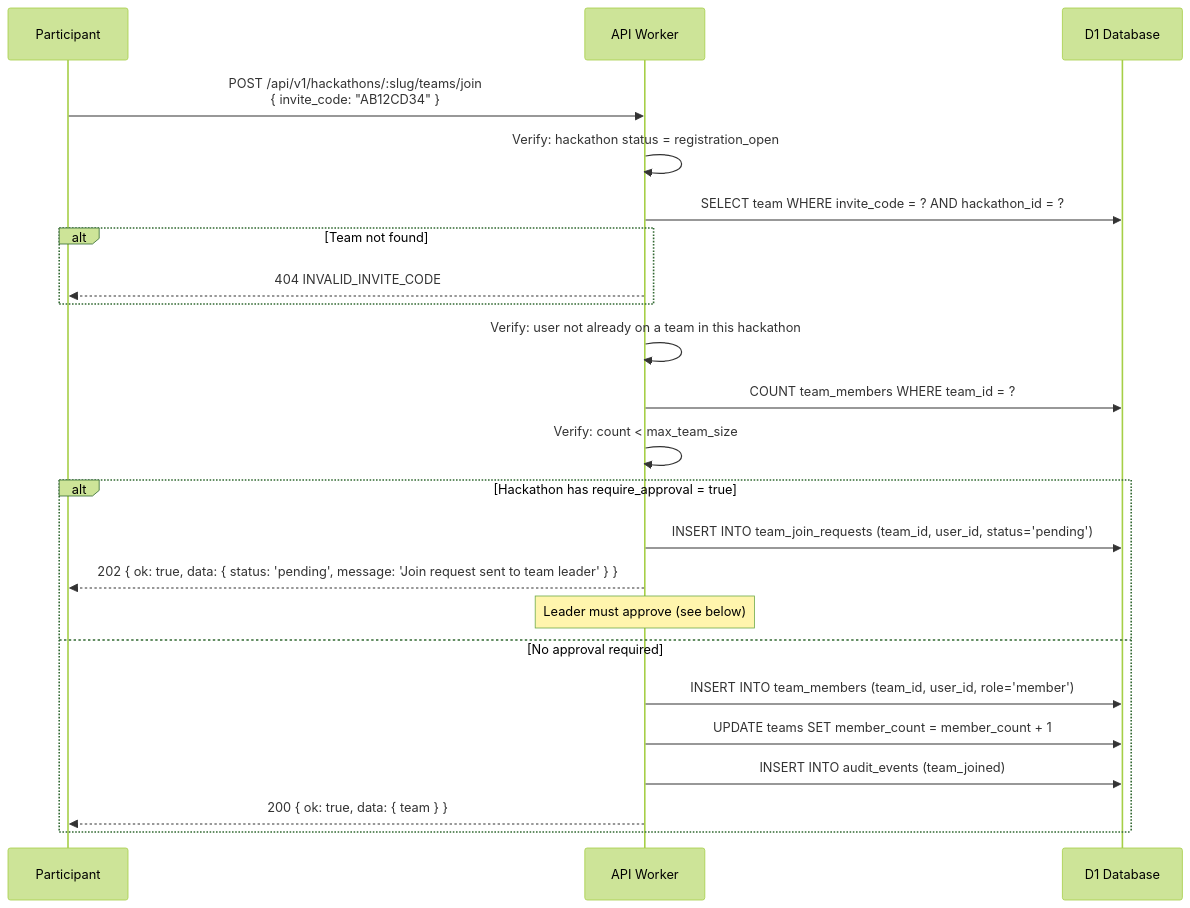
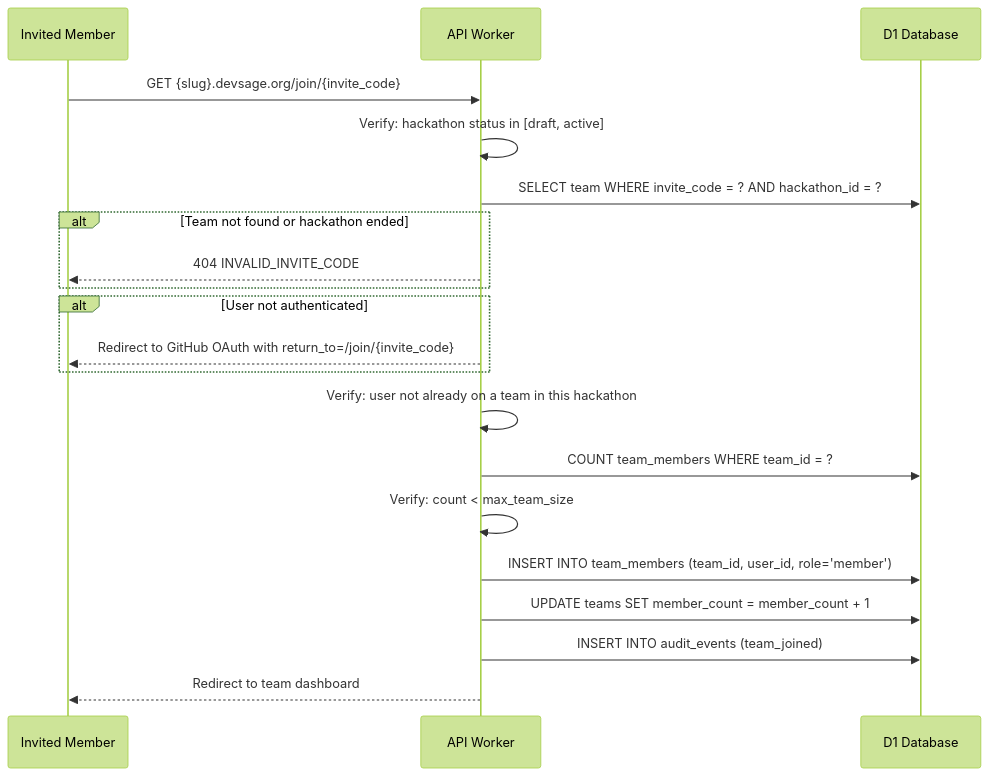
Before and after one commit to devangshupandey2025-stack/DevSage: the third of 11 diagrams in docs/v3/planned/team-management.md, drawn with Mermaid (forest theme). The commit also changed other lines of this file, not shown here.

First line of the commit message:
docs(teams): switch to invite-only model, remove discovery and skills

````diff
--- a/docs/v3/planned/team-management.md
+++ b/docs/v3/planned/team-management.md
@@ -110,29 +105,27 @@
 ```mermaid
 sequenceDiagram
-    participant U as Participant
+    participant U as Invited Member
     participant W as API Worker
     participant D1 as D1 Database
 
-    U->>W: POST /api/v1/hackathons/:slug/teams/join<br/>{ invite_code: "AB12CD34" }
-    W->>W: Verify: hackathon status = registration_open
+    U->>W: GET {slug}.devsage.org/join/{invite_code}
+    W->>W: Verify: hackathon status in [draft, active]
     W->>D1: SELECT team WHERE invite_code = ? AND hackathon_id = ?
     
-    alt Team not found
+    alt Team not found or hackathon ended
         W-->>U: 404 INVALID_INVITE_CODE
+    end
+
+    alt User not authenticated
+        W-->>U: Redirect to GitHub OAuth with return_to=/join/{invite_code}
     end
 
     W->>W: Verify: user not already on a team in this hackathon
     W->>D1: COUNT team_members WHERE team_id = ?
     W->>W: Verify: count < max_team_size
 
-    alt Hackathon has require_approval = true
-        W->>D1: INSERT INTO team_join_requests (team_id, user_id, status='pending')
-        W-->>U: 202 { ok: true, data: { status: 'pending', message: 'Join request sent to team leader' } }
-        Note over W: Leader must approve (see below)
-    else No approval required
-        W->>D1: INSERT INTO team_members (team_id, user_id, role='member')
-        W->>D1: UPDATE teams SET member_count = member_count + 1
-        W->>D1: INSERT INTO audit_events (team_joined)
-        W-->>U: 200 { ok: true, data: { team } }
-    end
+    W->>D1: INSERT INTO team_members (team_id, user_id, role='member')
+    W->>D1: UPDATE teams SET member_count = member_count + 1
+    W->>D1: INSERT INTO audit_events (team_joined)
+    W-->>U: Redirect to team dashboard
 ```
````
